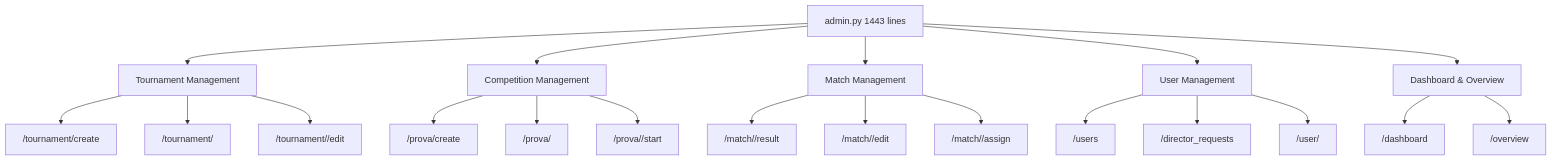
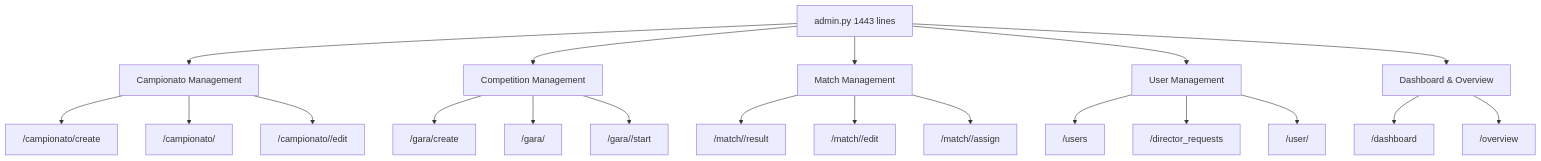
One commit to coppolapaolo/tornei-biliardo changed the diagram in .qoder/quests/refactoring-progress-review.md. Above: the diagram before and after it, drawn with Mermaid. The commit also changed other lines of this file and 277 other files, not shown here.

First line of the commit message:
refactor: rename Prova->Gara and Tournament/Torneo->Campionato

````diff
--- a/.qoder/quests/refactoring-progress-review.md
+++ b/.qoder/quests/refactoring-progress-review.md
@@ -44,27 +44,27 @@
 ```mermaid
 graph TD
-    A[admin.py 1443 lines] --> B[Tournament Management]
+    A[admin.py 1443 lines] --> B[Campionato Management]
     A --> C[Competition Management]
     A --> D[Match Management]
     A --> E[User Management]
     A --> F[Dashboard & Overview]
     
-    B --> B1["/tournament/create"]
-    B --> B2["/tournament/<id>"]
-    B --> B3["/tournament/<id>/edit"]
+    B --> B1["/campionato/create"]
+    B --> B2["/campionato/<id>"]
+    B --> B3["/campionato/<id>/edit"]
     
-    C --> C1["/prova/create"]
-    C --> C2["/prova/<id>"]
-    C --> C3["/prova/<id>/start"]
+    C --> C1["/gara/create"]
+    C --> C2["/gara/<id>"]
+    C --> C3["/gara/<id>/start"]
     
     D --> D1["/match/<id>/result"]
     D --> D2["/match/<id>/edit"]
     D --> D3["/match/<id>/assign"]
     
     E --> E1["/users"]
     E --> E2["/director_requests"]
     E --> E3["/user/<id>"]
     
     F --> F1["/dashboard"]
     F --> F2["/overview"]
 ```
````
